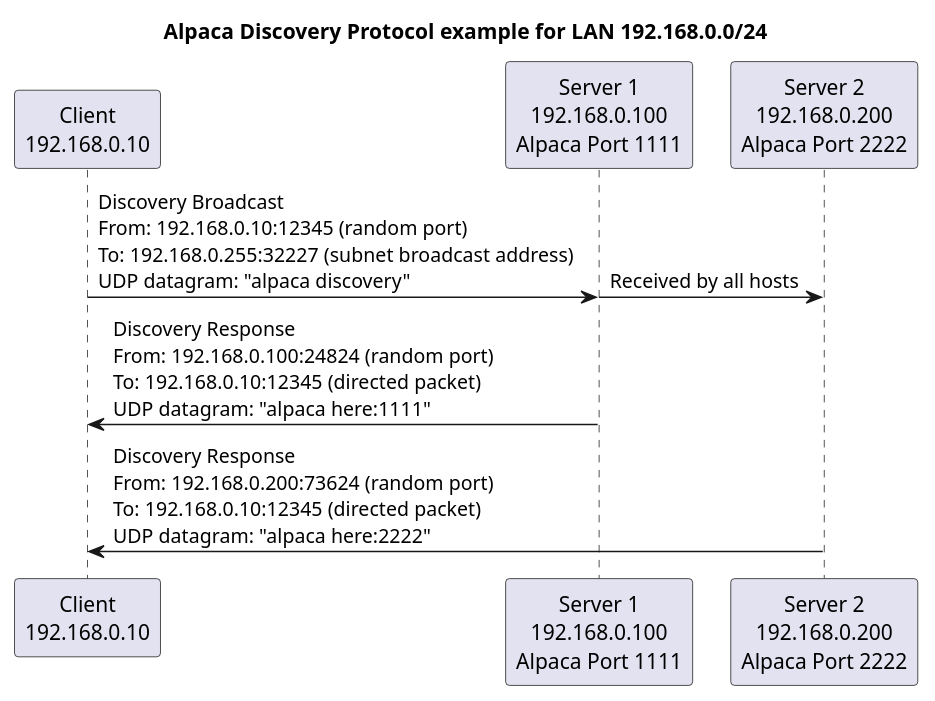
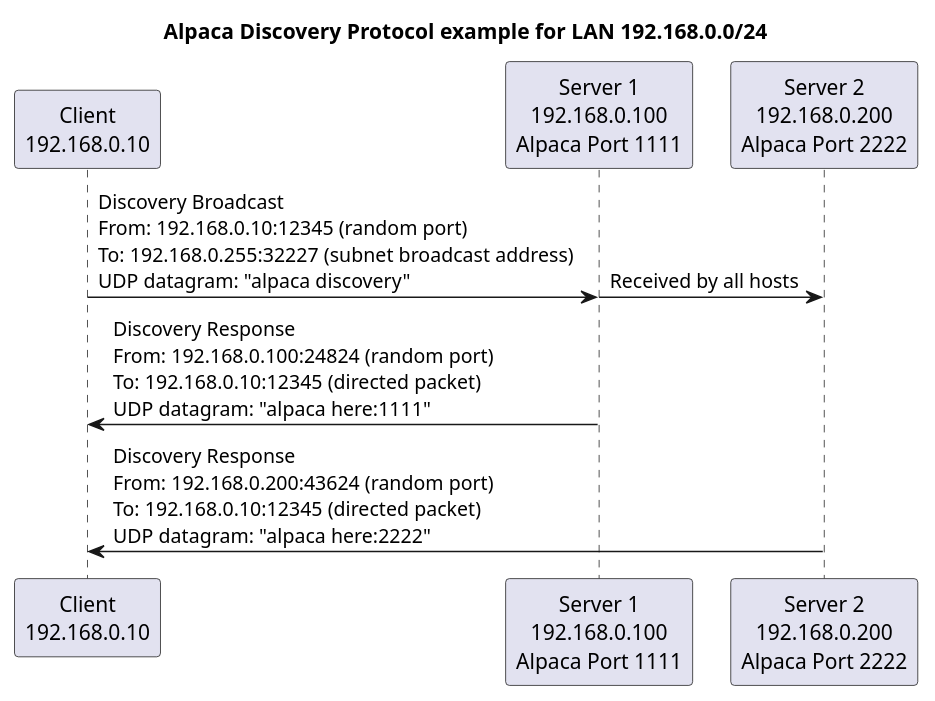
The diagram in discovery.puml (DanielVanNoord/AlpacaDiscoveryTests), drawn with PlantUML before and after one commit.

Commit message:
Changed UML example port number to fall in 16 bit range (really minor change).

```diff
--- a/discovery.puml
+++ b/discovery.puml
@@ -1,13 +1,13 @@
 @startuml
 !pragma teoz true
 title Alpaca Discovery Protocol example for LAN 192.168.0.0/24
 participant "Client\n192.168.0.10" as Client
 participant "Server 1\n192.168.0.100\nAlpaca Port 1111" as Server1
 participant "Server 2\n192.168.0.200\nAlpaca Port 2222" as Server2
 
 Client -> Server1 : Discovery Broadcast\nFrom: 192.168.0.10:12345 (random port)\nTo: 192.168.0.255:32227 (subnet broadcast address)\nUDP datagram: "alpaca discovery"
 & Server1 -> Server2 : Received by all hosts
 
 Server1 -> Client : Discovery Response\nFrom: 192.168.0.100:24824 (random port)\nTo: 192.168.0.10:12345 (directed packet)\nUDP datagram: "alpaca here:1111"
-Server2 -> Client : Discovery Response\nFrom: 192.168.0.200:73624 (random port)\nTo: 192.168.0.10:12345 (directed packet)\nUDP datagram: "alpaca here:2222"
+Server2 -> Client : Discovery Response\nFrom: 192.168.0.200:43624 (random port)\nTo: 192.168.0.10:12345 (directed packet)\nUDP datagram: "alpaca here:2222"
 @enduml
```
